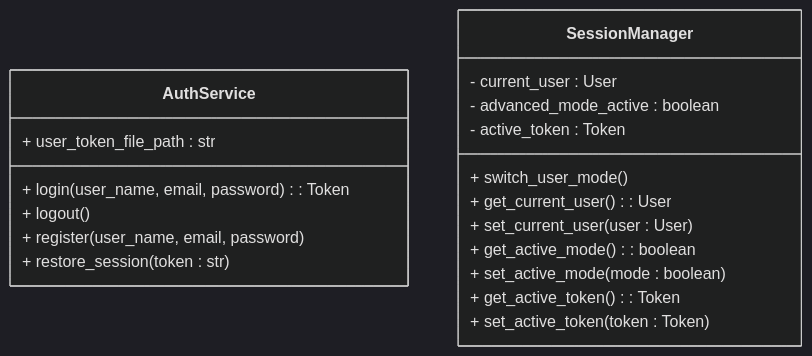
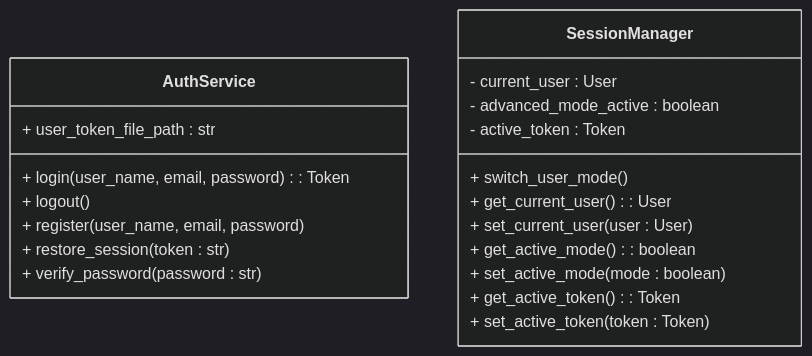
Before and after one commit to alegrelias/Repo-GMini: the ninth of 15 diagrams in Gmini-MarkDown/Diagramas/Diagramas de Clases.md, drawn with Mermaid (dark theme). The commit also changed other lines of this file, not shown here.

````diff
--- a/Gmini-MarkDown/Diagramas/Diagramas de Clases.md
+++ b/Gmini-MarkDown/Diagramas/Diagramas de Clases.md
@@ -743,24 +744,25 @@
 ```mermaid
 classDiagram
 %% usuario
 class AuthService{
 	+ user_token_file_path : str
 	+ login(user_name, email, password) : Token
 	+ logout()
 	+ register(user_name, email, password)
 	+ restore_session(token : str)
+	+ verify_password(password : str)
 }
 
 class SessionManager{
 	- current_user : User
 	- advanced_mode_active : boolean
 	- active_token : Token
 	+ switch_user_mode()
 	+ get_current_user() : User
 	+ set_current_user(user : User)
 	+ get_active_mode() : boolean
 	+ set_active_mode(mode : boolean)
 	+ get_active_token() : Token
 	+ set_active_token(token : Token)
 }
 ```
````
